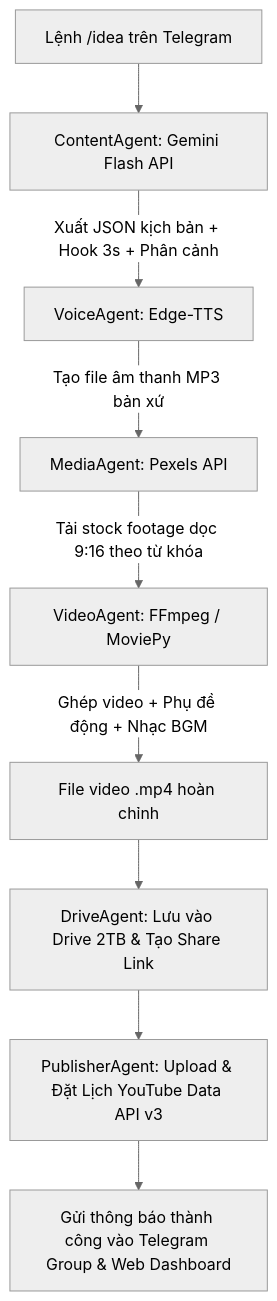
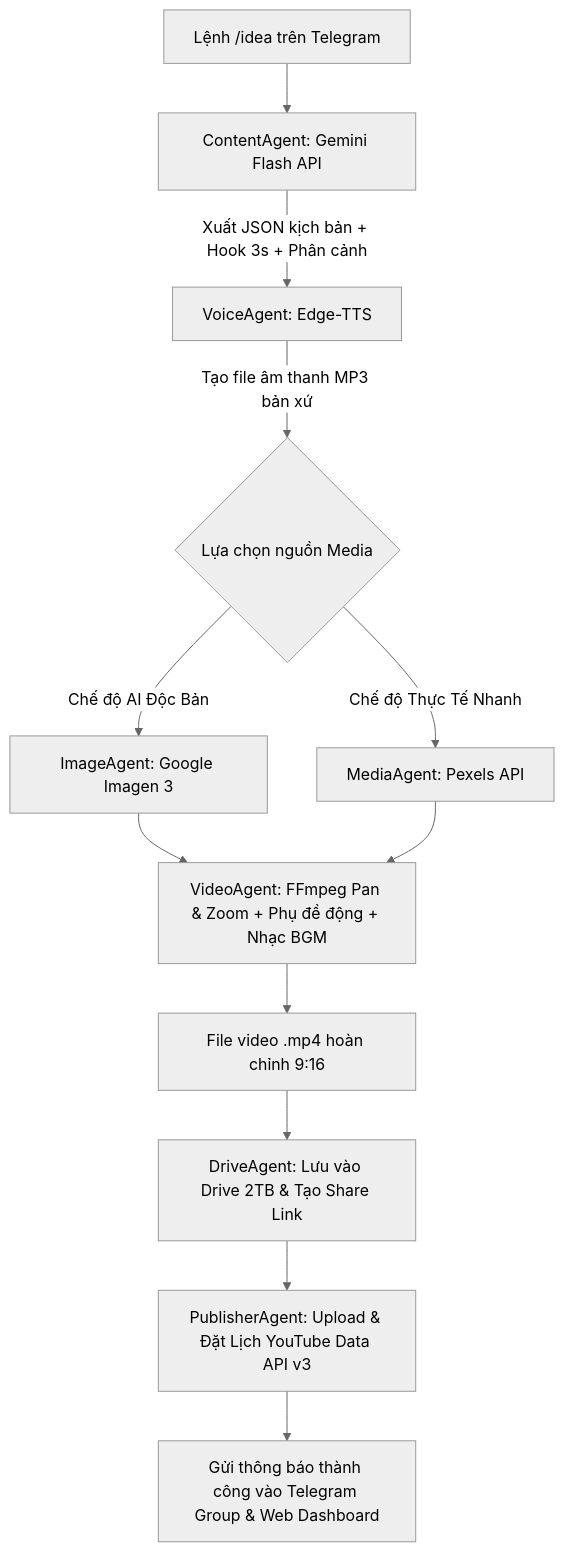
Before and after one commit to Kizakawa/AI-YouTube-Studio: the third of 3 diagrams in PROJECT_WHITEPAPER.md, drawn with Mermaid (neutral theme). The commit also changed other lines of this file and 2 other files, not shown here.

Commit message:
feat: integrate Google Imagen 3 AI media generator and hierarchical multi-brand network

````diff
--- a/PROJECT_WHITEPAPER.md
+++ b/PROJECT_WHITEPAPER.md
@@ -144,11 +173,14 @@
 ```mermaid
 graph TD
     A[Lệnh /idea trên Telegram] --> B[ContentAgent: Gemini Flash API]
     B -->|Xuất JSON kịch bản + Hook 3s + Phân cảnh| C[VoiceAgent: Edge-TTS]
-    C -->|Tạo file âm thanh MP3 bản xứ| D[MediaAgent: Pexels API]
-    D -->|Tải stock footage dọc 9:16 theo từ khóa| E[VideoAgent: FFmpeg / MoviePy]
-    E -->|Ghép video + Phụ đề động + Nhạc BGM| F[File video .mp4 hoàn chỉnh]
-    F --> G[DriveAgent: Lưu vào Drive 2TB & Tạo Share Link]
-    G --> H[PublisherAgent: Upload & Đặt Lịch YouTube Data API v3]
-    H --> I[Gửi thông báo thành công vào Telegram Group & Web Dashboard]
+    C -->|Tạo file âm thanh MP3 bản xứ| D{Lựa chọn nguồn Media}
+    D -->|Chế độ AI Độc Bản| E1[ImageAgent: Google Imagen 3]
+    D -->|Chế độ Thực Tế Nhanh| E2[MediaAgent: Pexels API]
+    E1 --> F[VideoAgent: FFmpeg Pan & Zoom + Phụ đề động + Nhạc BGM]
+    E2 --> F
+    F --> G[File video .mp4 hoàn chỉnh 9:16]
+    G --> H[DriveAgent: Lưu vào Drive 2TB & Tạo Share Link]
+    H --> I[PublisherAgent: Upload & Đặt Lịch YouTube Data API v3]
+    I --> J[Gửi thông báo thành công vào Telegram Group & Web Dashboard]
 ```
````
